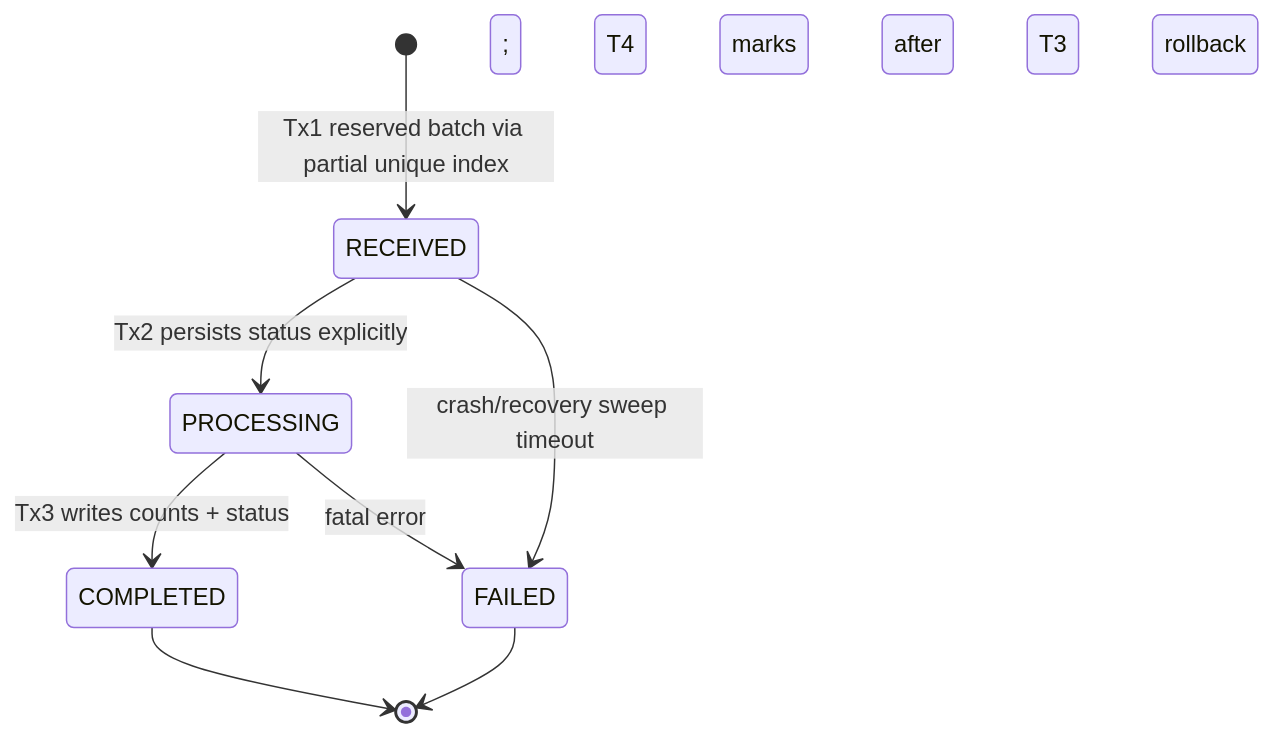
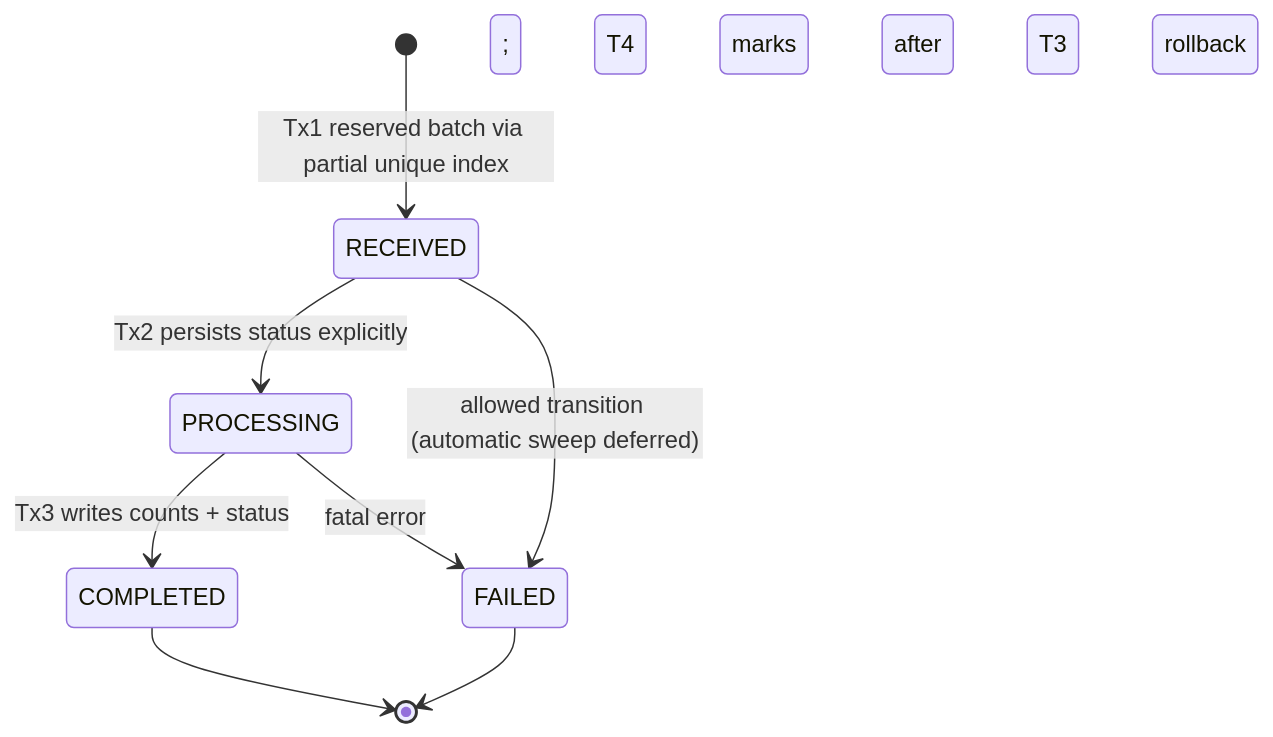
Before and after one commit to soubhagya-behera/cleargrade: the third of 5 diagrams in docs/ARCHITECTURE.md, drawn with Mermaid. The commit also changed other lines of this file and 25 other files, not shown here.

````diff
--- a/docs/ARCHITECTURE.md
+++ b/docs/ARCHITECTURE.md
@@ -71,10 +73,10 @@
 ```mermaid
 stateDiagram-v2
     [*] --> RECEIVED: Tx1 reserved batch via partial unique index
     RECEIVED --> PROCESSING: Tx2 persists status explicitly
     PROCESSING --> COMPLETED: Tx3 writes counts + status
     PROCESSING --> FAILED: fatal error; T4 marks FAILED after T3 rollback
-    RECEIVED --> FAILED: crash/recovery sweep timeout
+    RECEIVED --> FAILED: allowed transition (automatic sweep deferred)
     COMPLETED --> [*]
     FAILED --> [*]
 ```
````
